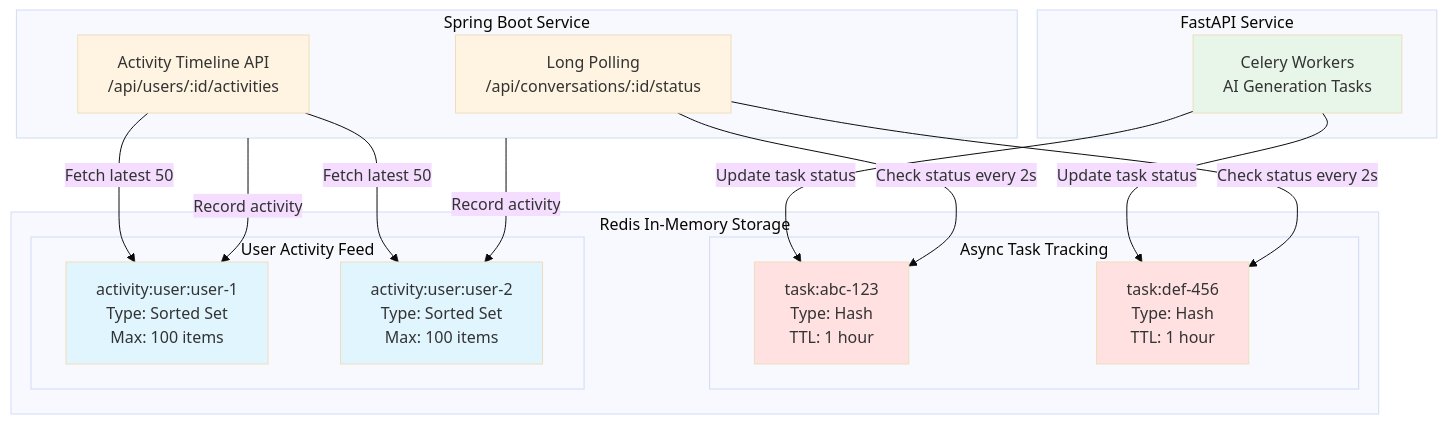
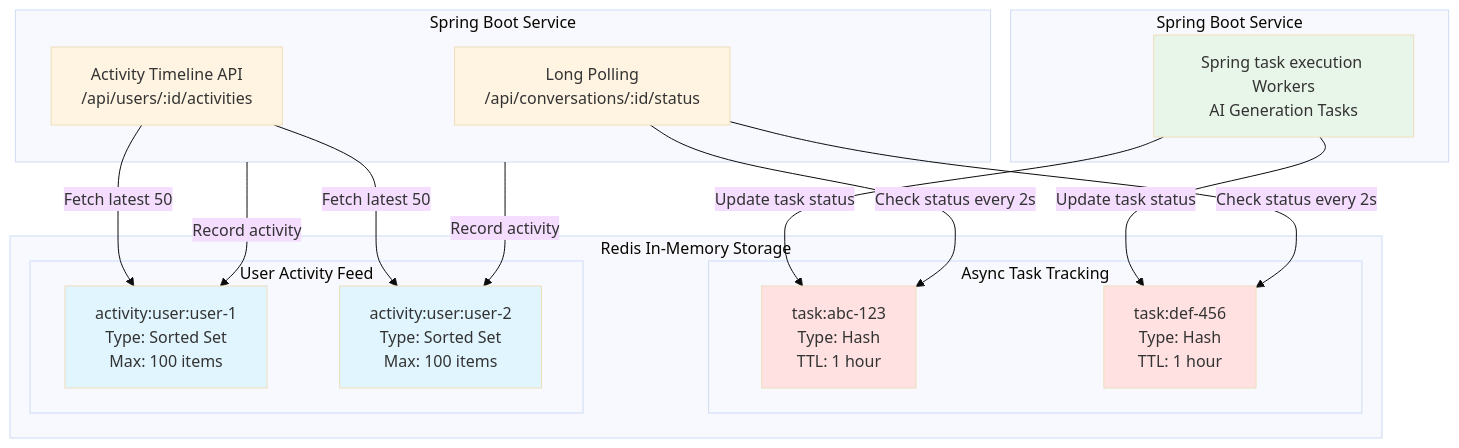
Before and after one commit to SideProjectSFY/gaji: the seventh of 8 diagrams in docs/3-solutioning/erd.md, drawn with Mermaid (base theme). The commit also changed other lines of this file and 69 other files, not shown here.

````diff
--- a/docs/3-solutioning/erd.md
+++ b/docs/3-solutioning/erd.md
@@ -2329,41 +2329,41 @@
 ```mermaid
 graph TB
     subgraph Redis["Redis In-Memory Storage"]
         subgraph TaskTracking["Async Task Tracking"]
             TASK1[task:abc-123<br/>Type: Hash<br/>TTL: 1 hour]
             TASK2[task:def-456<br/>Type: Hash<br/>TTL: 1 hour]
         end
 
         subgraph ActivityFeed["User Activity Feed"]
             ACT1[activity:user:user-1<br/>Type: Sorted Set<br/>Max: 100 items]
             ACT2[activity:user:user-2<br/>Type: Sorted Set<br/>Max: 100 items]
         end
     end
 
     subgraph SpringBoot["Spring Boot Service"]
         LP[Long Polling<br/>/api/conversations/:id/status]
         ACTIVITY[Activity Timeline API<br/>/api/users/:id/activities]
     end
 
-    subgraph FastAPI["FastAPI Service"]
-        CELERY[Celery Workers<br/>AI Generation Tasks]
+    subgraph Spring Boot["Spring Boot Service"]
+        CELERY[Spring task execution Workers<br/>AI Generation Tasks]
     end
 
     CELERY -->|Update task status| TASK1
     CELERY -->|Update task status| TASK2
     LP -->|Check status every 2s| TASK1
     LP -->|Check status every 2s| TASK2
 
     SpringBoot -->|Record activity| ACT1
     SpringBoot -->|Record activity| ACT2
     ACTIVITY -->|Fetch latest 50| ACT1
     ACTIVITY -->|Fetch latest 50| ACT2
 
     style TASK1 fill:#ffe1e1
     style TASK2 fill:#ffe1e1
     style ACT1 fill:#e1f5ff
     style ACT2 fill:#e1f5ff
     style LP fill:#fff4e1
     style ACTIVITY fill:#fff4e1
     style CELERY fill:#e8f5e9
 ```
````
